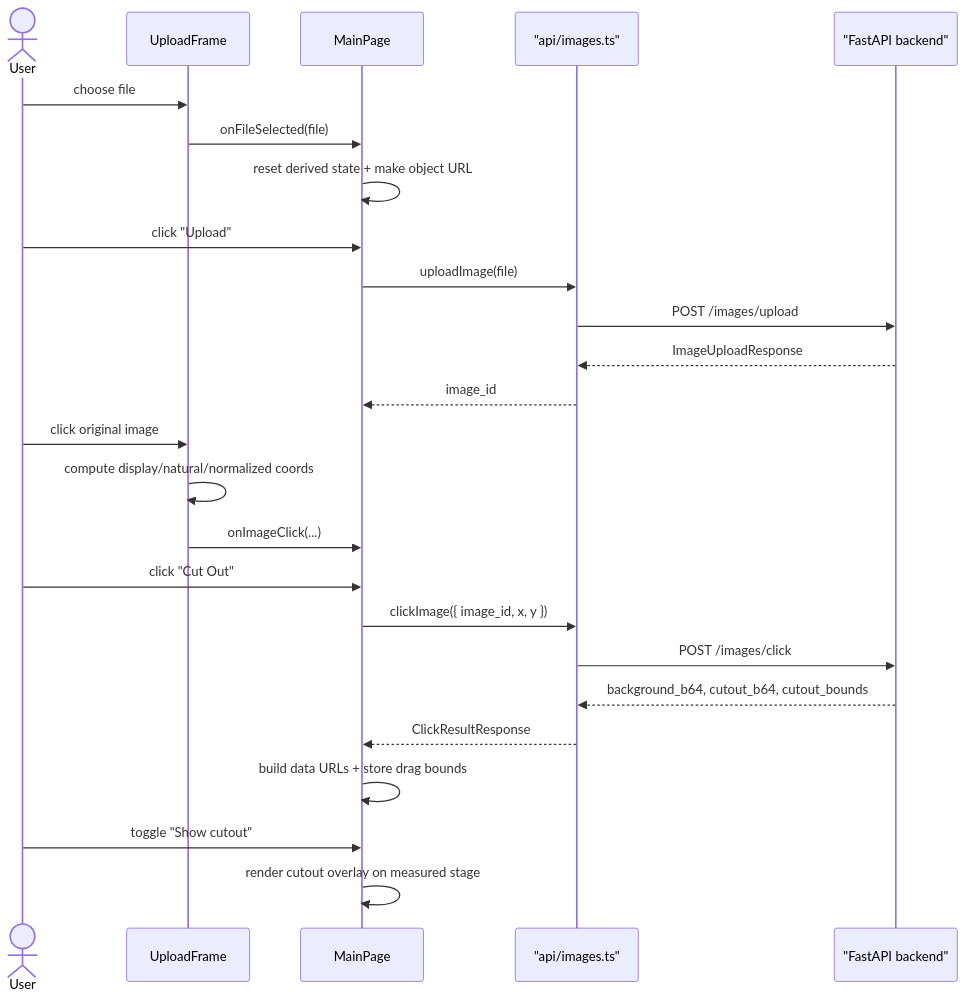
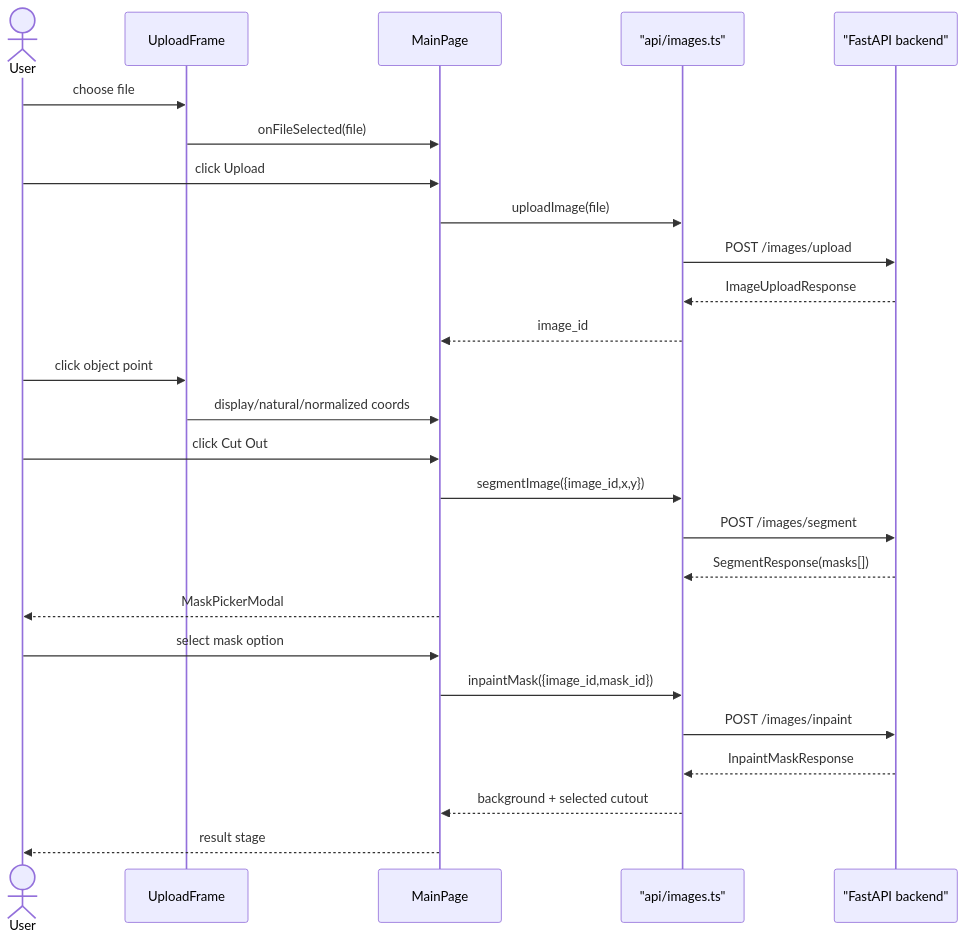
The diagram in docs/frontend/user-flow.md (1mache/avroom), drawn with Mermaid before and after one commit. The commit also changed other lines of this file and 25 other files, not shown here.

````diff
--- a/docs/frontend/user-flow.md
+++ b/docs/frontend/user-flow.md
@@ -7,32 +5,31 @@
 ```mermaid
 sequenceDiagram
     actor User
     participant UF as UploadFrame
     participant MP as MainPage
     participant API as "api/images.ts"
     participant Backend as "FastAPI backend"
 
     User->>UF: choose file
     UF->>MP: onFileSelected(file)
-    MP->>MP: reset derived state + make object URL
-
-    User->>MP: click "Upload"
+    User->>MP: click Upload
     MP->>API: uploadImage(file)
     API->>Backend: POST /images/upload
     Backend-->>API: ImageUploadResponse
     API-->>MP: image_id
 
-    User->>UF: click original image
-    UF->>UF: compute display/natural/normalized coords
-    UF->>MP: onImageClick(...)
+    User->>UF: click object point
+    UF->>MP: display/natural/normalized coords
+    User->>MP: click Cut Out
+    MP->>API: segmentImage({image_id,x,y})
+    API->>Backend: POST /images/segment
+    Backend-->>API: SegmentResponse(masks[])
+    MP-->>User: MaskPickerModal
 
-    User->>MP: click "Cut Out"
-    MP->>API: clickImage({ image_id, x, y })
-    API->>Backend: POST /images/click
-    Backend-->>API: background_b64, cutout_b64, cutout_bounds
-    API-->>MP: ClickResultResponse
-    MP->>MP: build data URLs + store drag bounds
-
-    User->>MP: toggle "Show cutout"
-    MP->>MP: render cutout overlay on measured stage
+    User->>MP: select mask option
+    MP->>API: inpaintMask({image_id,mask_id})
+    API->>Backend: POST /images/inpaint
+    Backend-->>API: InpaintMaskResponse
+    API-->>MP: background + selected cutout
+    MP-->>User: result stage
 ```
````
